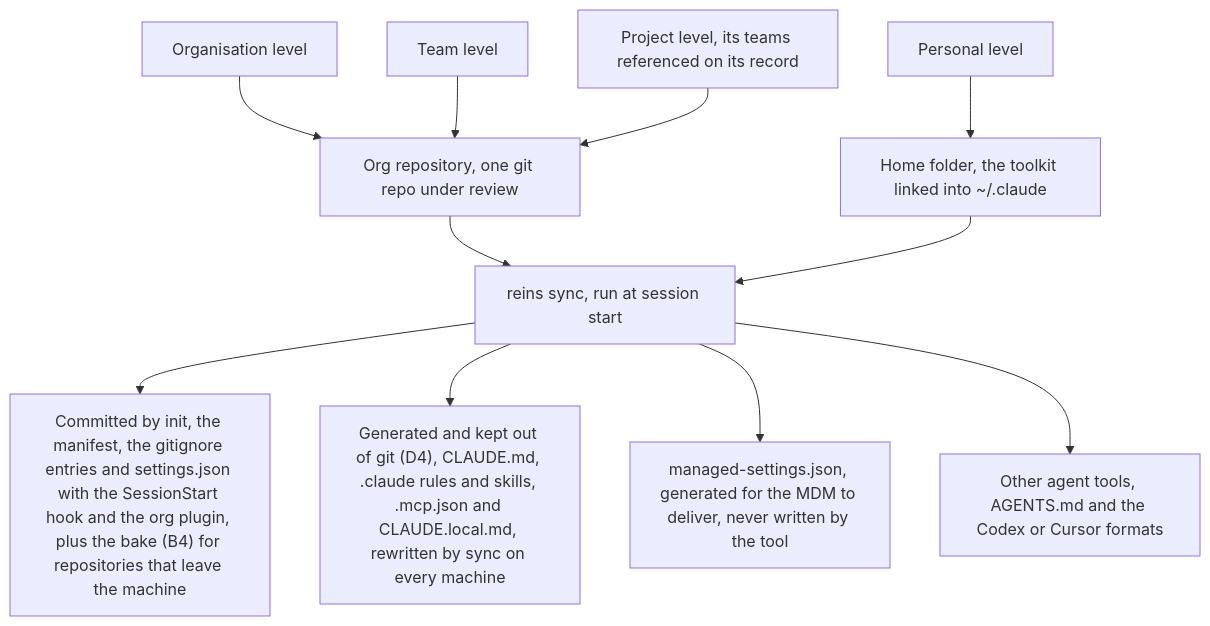
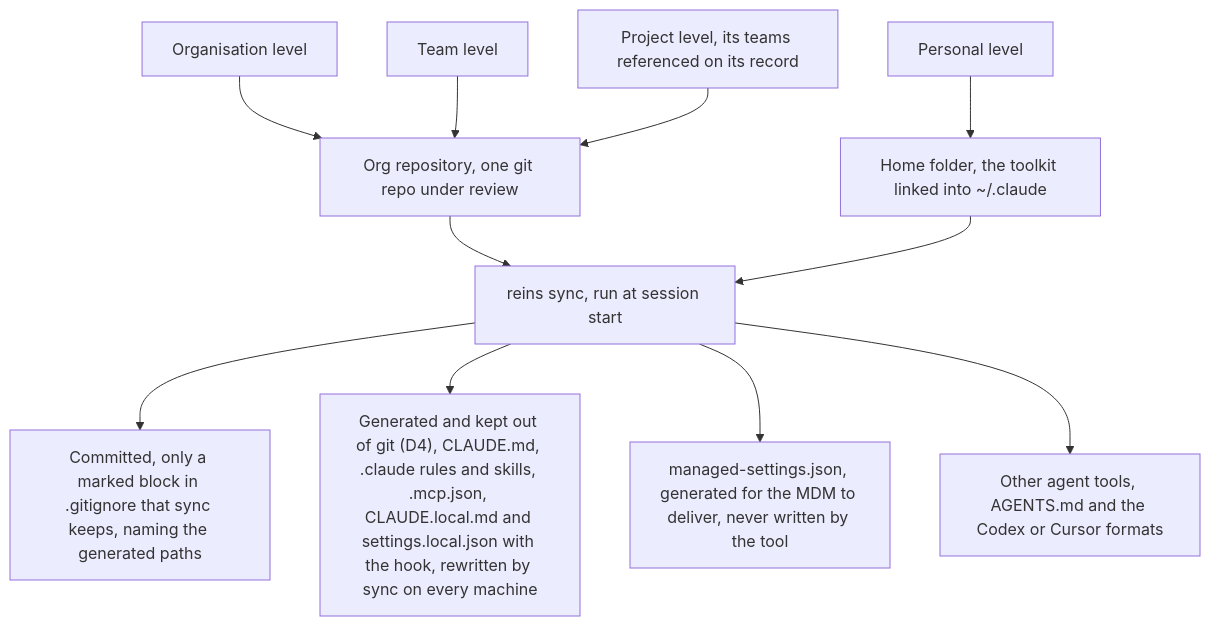
One commit to Danidani23/agents-rein changed the second of 4 diagrams in docs/implementation_plans/2026-10-11_harness-distribution-tool.md. Above: the diagram before and after it, drawn with Mermaid. The commit also changed other lines of this file and 2 other files, not shown here.

````diff
--- a/docs/implementation_plans/2026-10-11_harness-distribution-tool.md
+++ b/docs/implementation_plans/2026-10-11_harness-distribution-tool.md
@@ -329,13 +355,13 @@
 ```mermaid
 graph TD
   O["Organisation level"] --> S["Org repository, one git repo under review"]
   T["Team level"] --> S
   U["Personal level"] --> H["Home folder, the toolkit linked into ~/.claude"]
   P["Project level, its teams referenced on its record"] --> S
   S --> X["reins sync, run at session start"]
   H --> X
-  X --> CM["Committed by init, the manifest, the gitignore entries and settings.json with the SessionStart hook and the org plugin, plus the bake (B4) for repositories that leave the machine"]
-  X --> CL["Generated and kept out of git (D4), CLAUDE.md, .claude rules and skills, .mcp.json and CLAUDE.local.md, rewritten by sync on every machine"]
+  X --> CM["Committed, only a marked block in .gitignore that sync keeps, naming the generated paths"]
+  X --> CL["Generated and kept out of git (D4), CLAUDE.md, .claude rules and skills, .mcp.json, CLAUDE.local.md and settings.local.json with the hook, rewritten by sync on every machine"]
   X --> MS["managed-settings.json, generated for the MDM to deliver, never written by the tool"]
   X --> OT["Other agent tools, AGENTS.md and the Codex or Cursor formats"]
 ```
````
